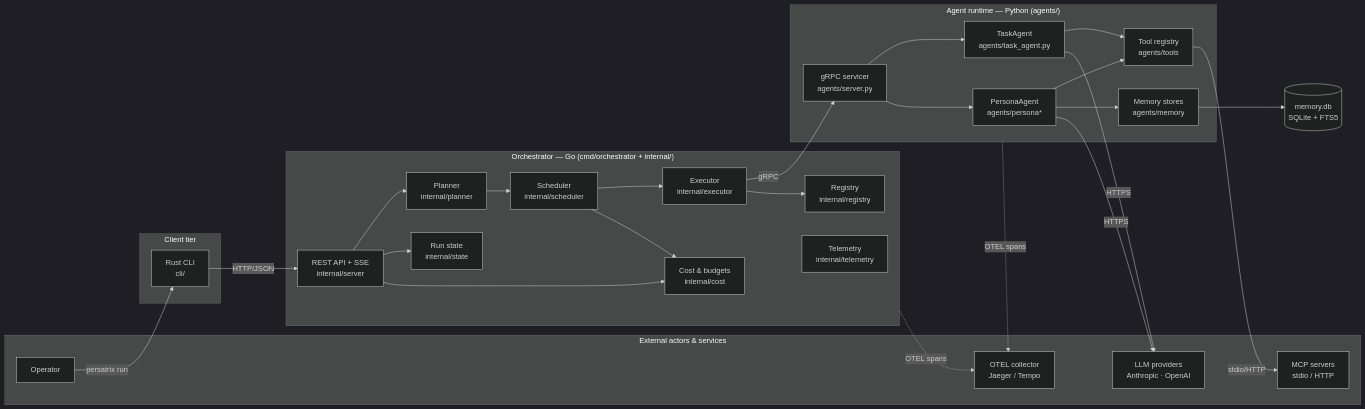
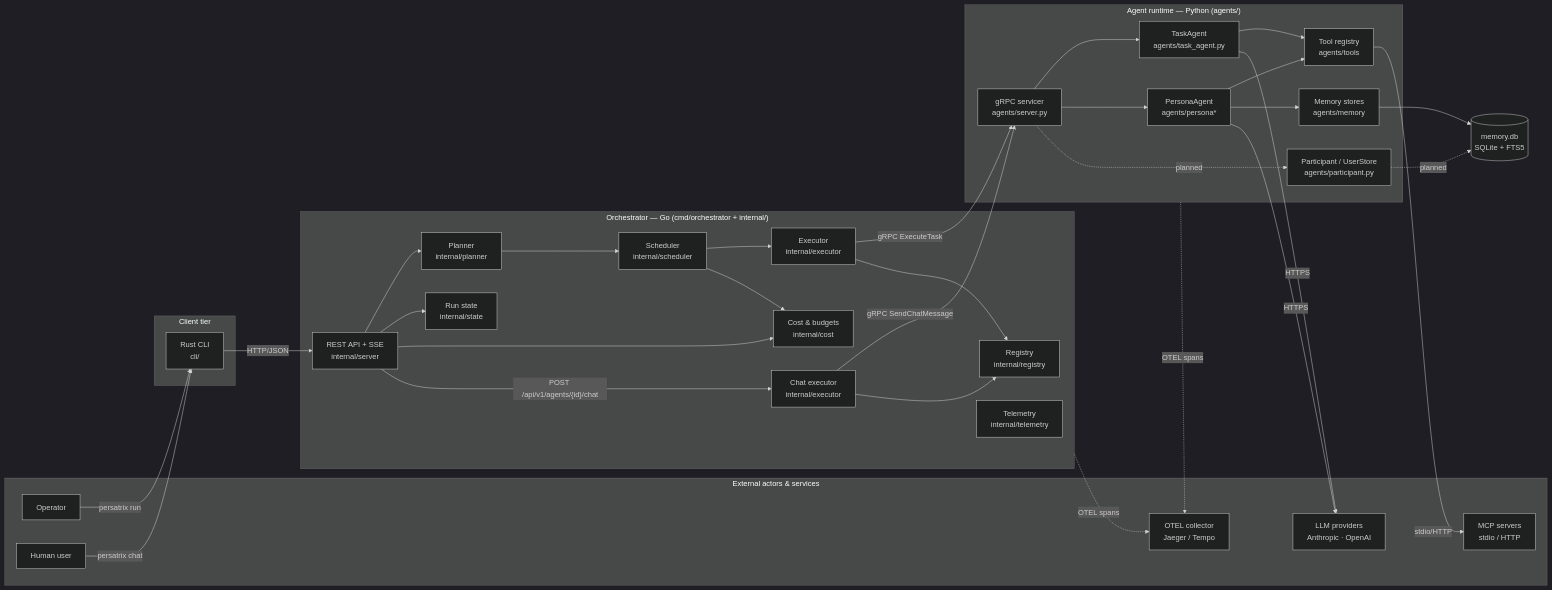
Before and after one commit to mkhomutov/Persatrix: the diagram in docs/diagrams/system-overview.md, drawn with Mermaid (dark theme). The commit also changed other lines of this file and 3 other files, not shown here.

First line of the commit message:
docs(diagrams): architecture diagram refresh for v0.2.1 chat surface (#132)

````diff
--- a/docs/diagrams/system-overview.md
+++ b/docs/diagrams/system-overview.md
@@ -8,58 +8,67 @@
 ```mermaid
 graph LR
     subgraph External["External actors & services"]
-        User["Operator"]
+        Operator["Operator"]
+        HumanUser["Human user"]
         LLM["LLM providers<br/>Anthropic · OpenAI"]
         MCP["MCP servers<br/>stdio / HTTP"]
         OTEL["OTEL collector<br/>Jaeger / Tempo"]
     end
 
     subgraph Client["Client tier"]
         CLI["Rust CLI<br/>cli/"]
     end
 
     subgraph Orchestrator["Orchestrator — Go (cmd/orchestrator + internal/)"]
         REST["REST API + SSE<br/>internal/server"]
         PLAN["Planner<br/>internal/planner"]
         SCHED["Scheduler<br/>internal/scheduler"]
         EXEC["Executor<br/>internal/executor"]
+        CHATEXEC["Chat executor<br/>internal/executor"]
         REG["Registry<br/>internal/registry"]
         STATE["Run state<br/>internal/state"]
         COST["Cost & budgets<br/>internal/cost"]
         TELE["Telemetry<br/>internal/telemetry"]
     end
 
     subgraph Agents["Agent runtime — Python (agents/)"]
         AGSVC["gRPC servicer<br/>agents/server.py"]
         TASK["TaskAgent<br/>agents/task_agent.py"]
         PERS["PersonaAgent<br/>agents/persona*"]
+        PART["Participant / UserStore<br/>agents/participant.py"]
         TOOLS["Tool registry<br/>agents/tools"]
         MEM["Memory stores<br/>agents/memory"]
     end
 
     DB[(memory.db<br/>SQLite + FTS5)]
 
-    User -->|persatrix run| CLI
+    Operator -->|persatrix run| CLI
+    HumanUser -->|persatrix chat| CLI
     CLI -->|HTTP/JSON| REST
     REST --> PLAN
     REST --> STATE
     REST --> COST
+    REST -- "POST /api/v1/agents/{id}/chat" --> CHATEXEC
     PLAN --> SCHED
     SCHED --> EXEC
     SCHED --> COST
-    EXEC -->|gRPC| AGSVC
+    EXEC -->|gRPC ExecuteTask| AGSVC
+    CHATEXEC -->|gRPC SendChatMessage| AGSVC
     EXEC --> REG
+    CHATEXEC --> REG
 
     AGSVC --> TASK
     AGSVC --> PERS
+    AGSVC -. planned .-> PART
     TASK --> TOOLS
     PERS --> TOOLS
     PERS --> MEM
+    PART -. planned .-> DB
     MEM --> DB
 
     TASK -->|HTTPS| LLM
     PERS -->|HTTPS| LLM
     TOOLS -->|stdio/HTTP| MCP
     Orchestrator -.OTEL spans.-> OTEL
     Agents -.OTEL spans.-> OTEL
 ```
````
